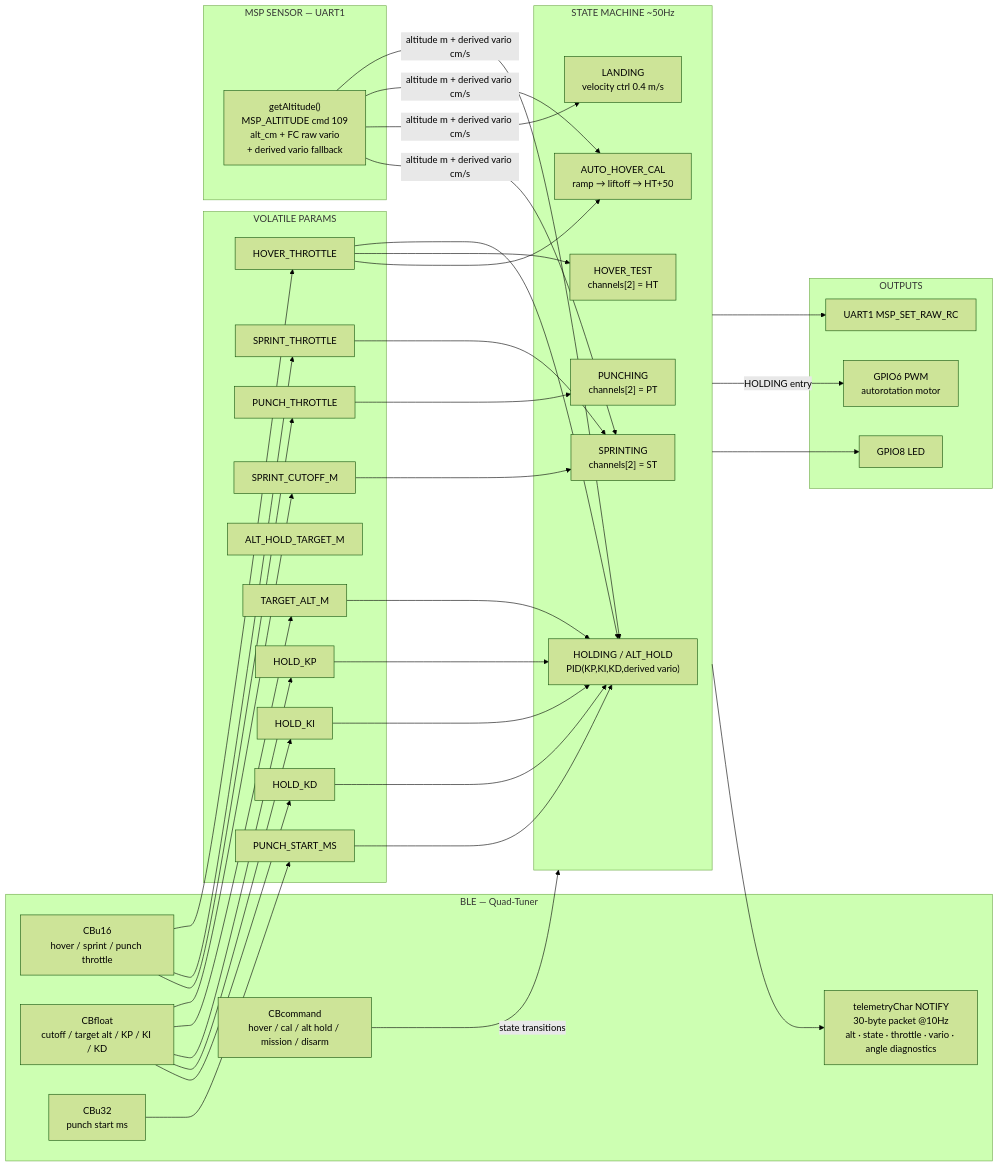
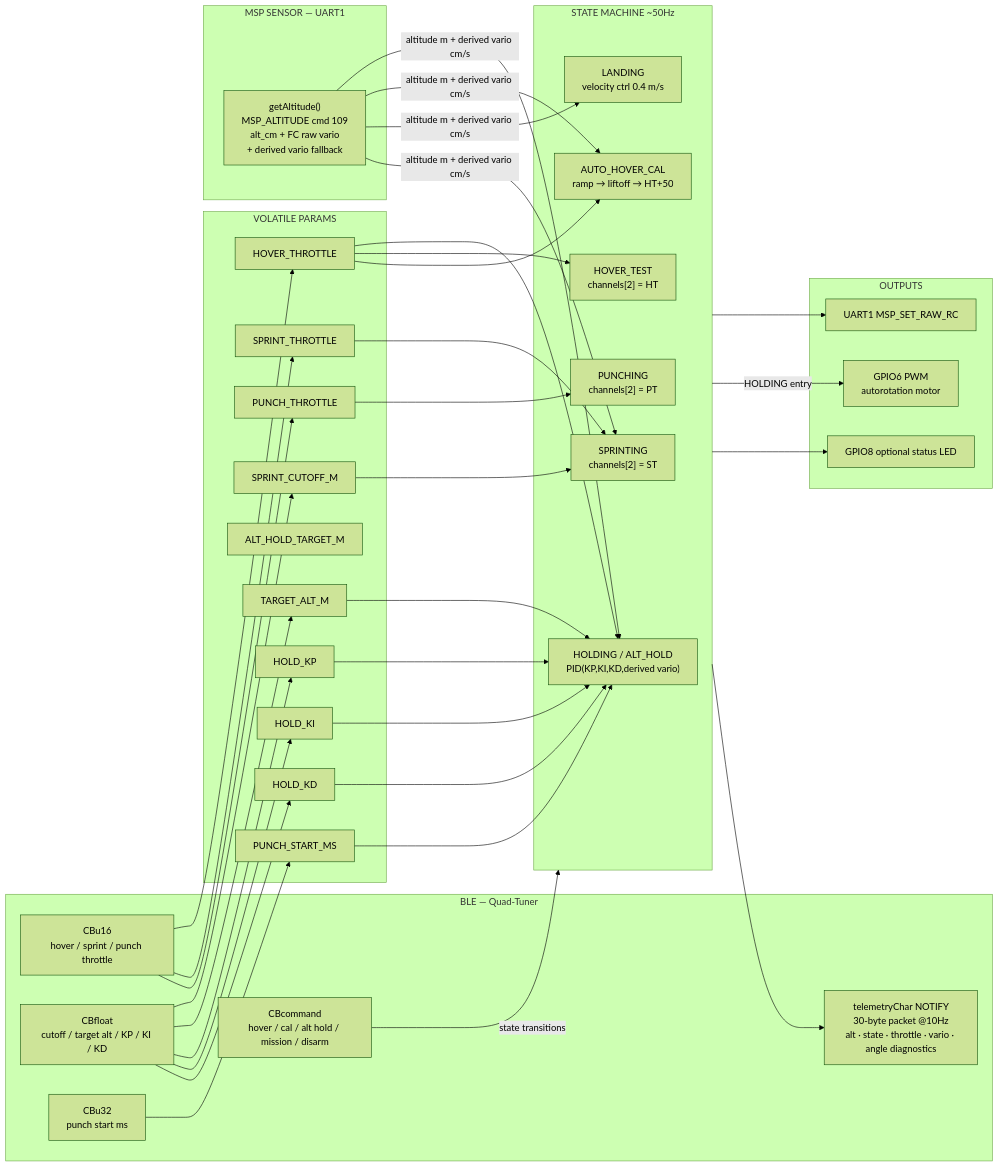
The second of 2 diagrams in README.md (RyanHailey21/esp32_drone), drawn with Mermaid (forest theme) before and after one commit. The commit also changed other lines of this file and 1 other file, not shown here.

````diff
--- a/README.md
+++ b/README.md
@@ -339,62 +354,62 @@
 ```mermaid
 flowchart LR
     subgraph BLE["BLE — Quad-Tuner"]
         W1["CBu16\nhover / sprint / punch throttle"]
         W2["CBfloat\ncutoff / target alt / KP / KI / KD"]
         W3["CBu32\npunch start ms"]
         W4["CBcommand\nhover / cal / alt hold / mission / disarm"]
         TEL["telemetryChar NOTIFY\n30-byte packet @10Hz\nalt · state · throttle · vario · angle diagnostics"]
     end
 
     subgraph PARAMS["VOLATILE PARAMS"]
         HT["HOVER_THROTTLE"]
         ST["SPRINT_THROTTLE"]
         SC["SPRINT_CUTOFF_M"]
         TA["TARGET_ALT_M"]
         AHT["ALT_HOLD_TARGET_M"]
         KP["HOLD_KP"]
         KI["HOLD_KI"]
         KD["HOLD_KD"]
         PS["PUNCH_START_MS"]
         PT["PUNCH_THROTTLE"]
     end
 
     subgraph SENSOR["MSP SENSOR — UART1"]
         ALT["getAltitude()\nMSP_ALTITUDE cmd 109\nalt_cm + FC raw vario\n+ derived vario fallback"]
     end
 
     subgraph SM["STATE MACHINE ~50Hz"]
         SPR["SPRINTING\nchannels[2] = ST"]
         HLD["HOLDING / ALT_HOLD\nPID(KP,KI,KD,derived vario)"]
         PUN["PUNCHING\nchannels[2] = PT"]
         HVT["HOVER_TEST\nchannels[2] = HT"]
         AHC["AUTO_HOVER_CAL\nramp → liftoff → HT+50"]
         LND["LANDING\nvelocity ctrl 0.4 m/s"]
     end
 
     subgraph OUT["OUTPUTS"]
         MSP_OUT["UART1 MSP_SET_RAW_RC"]
         PWM["GPIO6 PWM\nautorotation motor"]
-        LED["GPIO8 LED"]
+        LED["GPIO8 optional status LED"]
     end
 
     W1 --> HT & ST & PT
     W2 --> SC & TA & KP & KI & KD
     W3 --> PS
     W4 -->|state transitions| SM
 
     ALT -->|altitude m + derived vario cm/s| HLD & AHC & LND & SPR
 
     HT --> HLD & HVT & AHC
     ST --> SPR
     SC --> SPR
     TA --> HLD
     KP & KI & KD --> HLD
     PS --> HLD
     PT --> PUN
 
     SM --> MSP_OUT
     SM -->|HOLDING entry| PWM
     SM --> LED
     SM --> TEL
 ```
````
